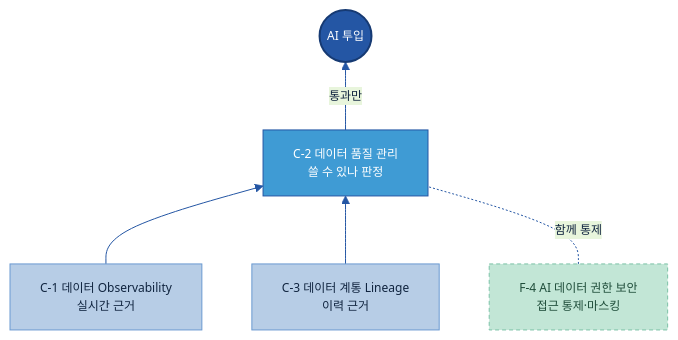
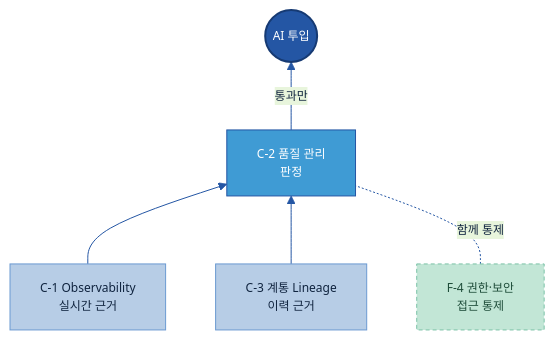
Before and after one commit to jin-kearney/ai-ready-data-manual: the fourth of 5 diagrams in 전체 목차/00 전체 목차 (20개 주제).md, drawn with Mermaid. The commit also changed other lines of this file, not shown here.

````diff
--- a/전체 목차/00 전체 목차 (20개 주제).md
+++ b/전체 목차/00 전체 목차 (20개 주제).md
@@ -223,12 +226,12 @@
 ```mermaid
 %%{init: {'theme':'base','themeVariables':{'primaryColor':'#DCE8F5','primaryBorderColor':'#2456A4','primaryTextColor':'#10243f','lineColor':'#2456A4','fontSize':'12px'}}}%%
 flowchart BT
-    OBS["C-1 데이터 Observability<br/>실시간 근거"]:::n --> QUAL
-    LIN["C-3 데이터 계통 Lineage<br/>이력 근거"]:::n --> QUAL["C-2 데이터 품질 관리<br/>쓸 수 있나 판정"]:::gate
-    SEC["F-4 AI 데이터 권한 보안<br/>접근 통제·마스킹"]:::cross -.함께 통제.- QUAL
+    OBS["C-1 Observability<br/>실시간 근거"]:::n --> QUAL
+    LIN["C-3 계통 Lineage<br/>이력 근거"]:::n --> QUAL["C-2 품질 관리<br/>판정"]:::gate
+    SEC["F-4 권한·보안<br/>접근 통제"]:::cross -.함께 통제.- QUAL
     QUAL -->|통과만| AI(("AI 투입")):::cat
     classDef n fill:#B7CDE6,stroke:#6B9AD1,color:#10243f;
     classDef gate fill:#3F9BD4,stroke:#2456A4,color:#fff;
     classDef cat fill:#2456A4,color:#fff,stroke:#163a73,stroke-width:2px;
     classDef cross fill:#C2E6D6,stroke:#7CC2A7,color:#1f4d3a,stroke-dasharray:4 3;
 ```
````
